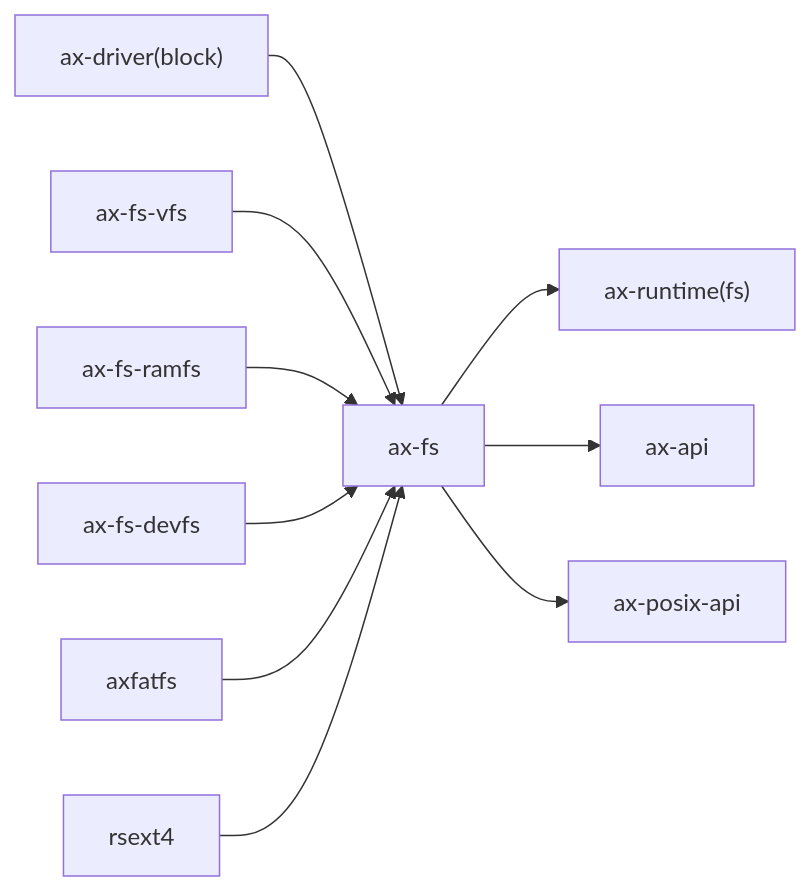
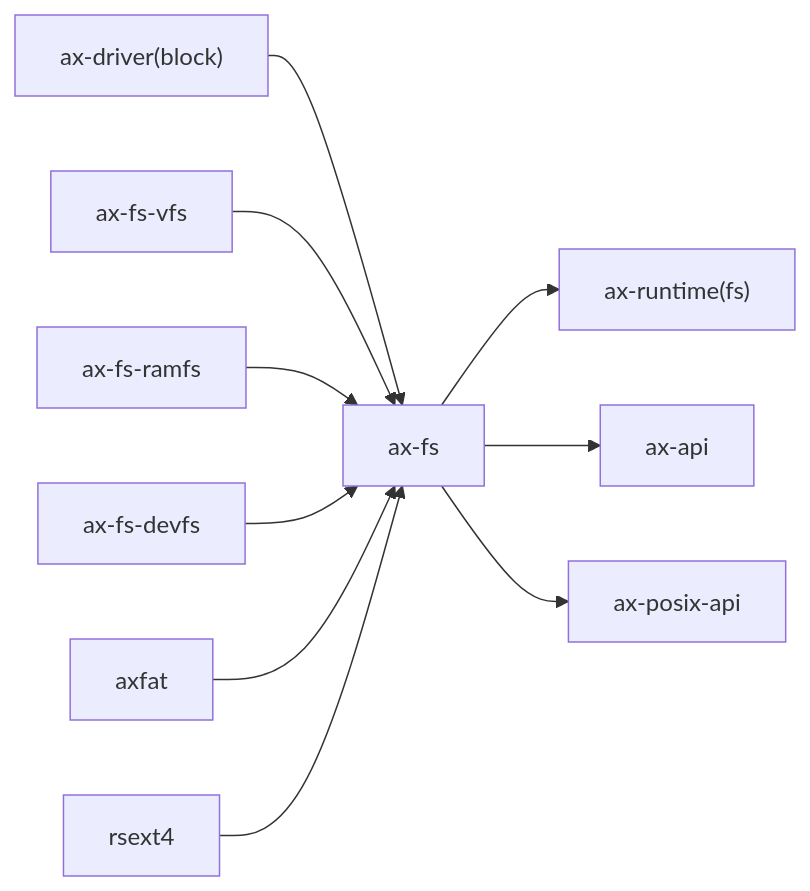
Before and after one commit to rcore-os/tgoskits: the second of 2 diagrams in docs/docs/components/crates/ax-fs.md, drawn with Mermaid. The commit also changed other lines of this file and 189 other files, not shown here.

````diff
--- a/docs/docs/components/crates/ax-fs.md
+++ b/docs/docs/components/crates/ax-fs.md
@@ -100,12 +100,12 @@
 ```mermaid
 graph LR
     ax-driver["ax-driver(block)"] --> current["ax-fs"]
     axfs_vfs["ax-fs-vfs"] --> current
     axfs_ramfs["ax-fs-ramfs"] --> current
     axfs_devfs["ax-fs-devfs"] --> current
-    axfatfs["axfatfs"] --> current
+    axfat["axfat"] --> current
     rsext4["rsext4"] --> current
     current --> ax-runtime["ax-runtime(fs)"]
     current --> ax-api["ax-api"]
     current --> ax-posix-api["ax-posix-api"]
 ```
````
